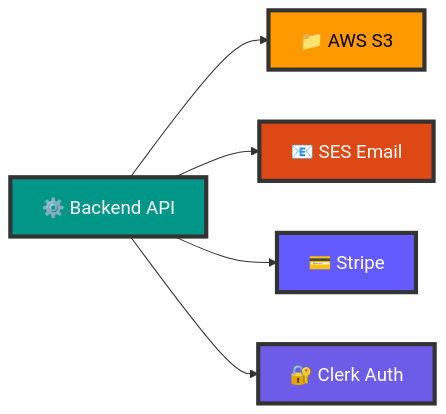
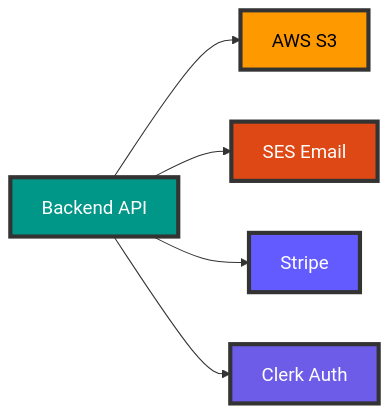
Before and after one commit to inskillflow/awsbedrock-demo-1-inmemory: diagram 16 of 24 in documentation/00-ARCHITECTURE.md, drawn with Mermaid. The commit also changed other lines of this file, not shown here.

First line of the commit message:
refactor: simplification des diagrammes - retrait des emojis

````diff
--- a/documentation/00-ARCHITECTURE.md
+++ b/documentation/00-ARCHITECTURE.md
@@ -801,19 +801,19 @@
 ```mermaid
 flowchart LR
-    API[⚙️ Backend API]
-    S3[📁 AWS S3]
-    Email[📧 SES Email]
-    Stripe[💳 Stripe]
-    Clerk[🔐 Clerk Auth]
+    API[Backend API]
+    S3[AWS S3]
+    Email[SES Email]
+    Stripe[Stripe]
+    Clerk[Clerk Auth]
     
     API --> S3
     API --> Email
     API --> Stripe
     API --> Clerk
     
     style API fill:#009688,stroke:#333,stroke-width:4px,color:#fff,font-size:18px
     style S3 fill:#FF9900,stroke:#333,stroke-width:4px,color:#000,font-size:18px
     style Email fill:#DD4814,stroke:#333,stroke-width:4px,color:#fff,font-size:18px
     style Stripe fill:#635BFF,stroke:#333,stroke-width:4px,color:#fff,font-size:18px
     style Clerk fill:#6C5CE7,stroke:#333,stroke-width:4px,color:#fff,font-size:18px
 ```
````
